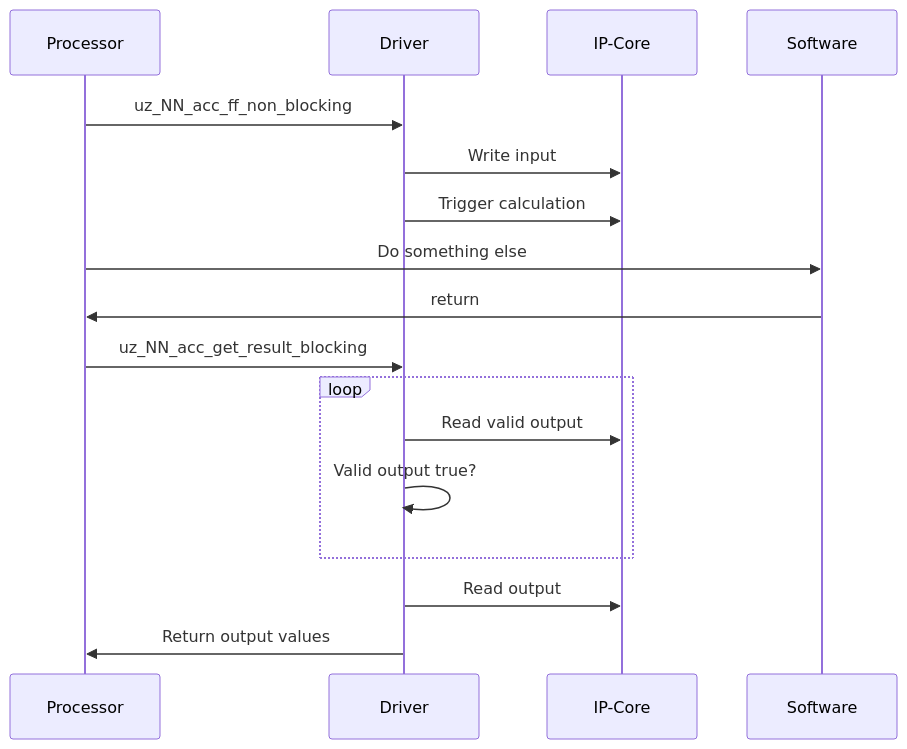
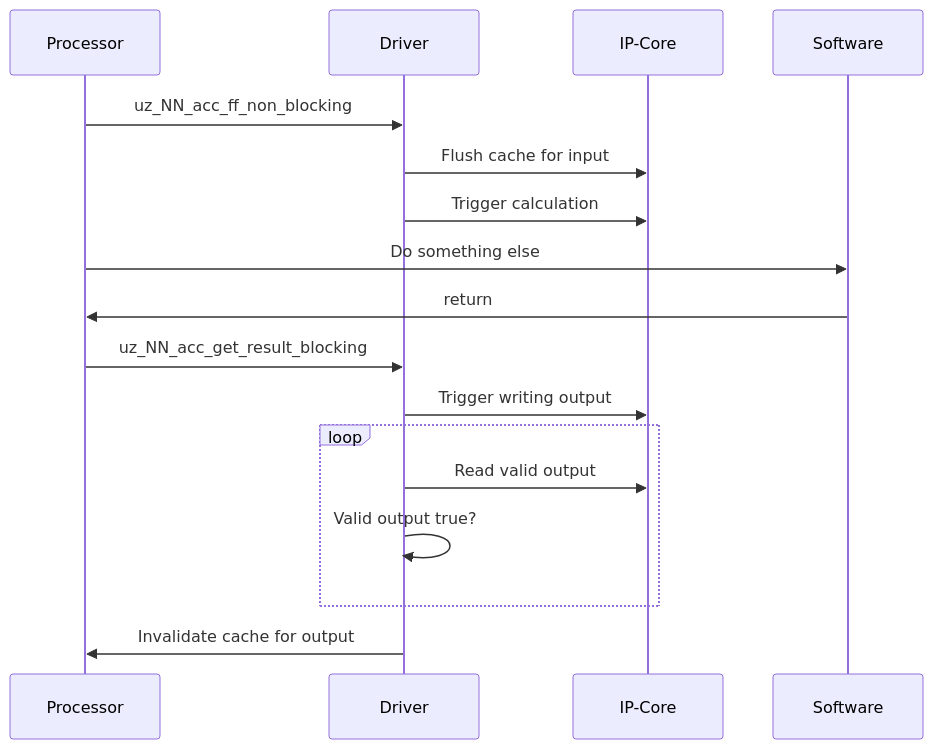
One commit to ultrazohm/ultrazohm_sw changed the second of 2 diagrams in docs/source/ip_cores/uz_NN_acc/uz_NN_acc.rst. Above: the diagram before and after it, drawn with Mermaid. The commit also changed other lines of this file, not shown here.

```diff
--- a/docs/source/ip_cores/uz_NN_acc/uz_NN_acc.rst
+++ b/docs/source/ip_cores/uz_NN_acc/uz_NN_acc.rst
@@ -349,17 +346,17 @@
 .. mermaid::
 
    sequenceDiagram
        participant Processor
        participant Driver
        Processor->>Driver: uz_NN_acc_ff_non_blocking
-       Driver->>IP-Core: Write input
+       Driver->>IP-Core: Flush cache for input
        Driver->>IP-Core: Trigger calculation
        Processor->>Software: Do something else
        Software->>Processor: return
        Processor->>Driver: uz_NN_acc_get_result_blocking
+       Driver->>IP-Core: Trigger writing output
        loop
            Driver->>IP-Core: Read valid output
            Driver->>Driver: Valid output true?
        end
-       Driver->>IP-Core: Read output
-       Driver->>Processor: Return output values
+       Driver->>Processor: Invalidate cache for output
```
